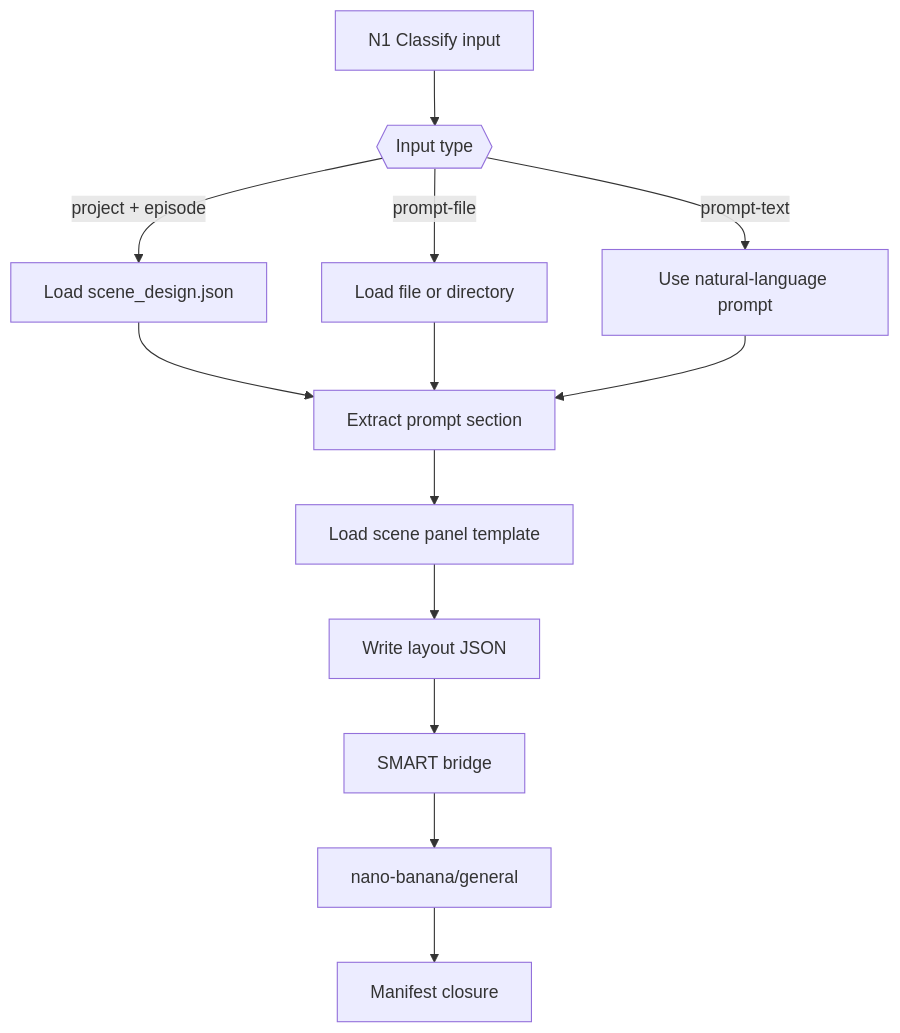
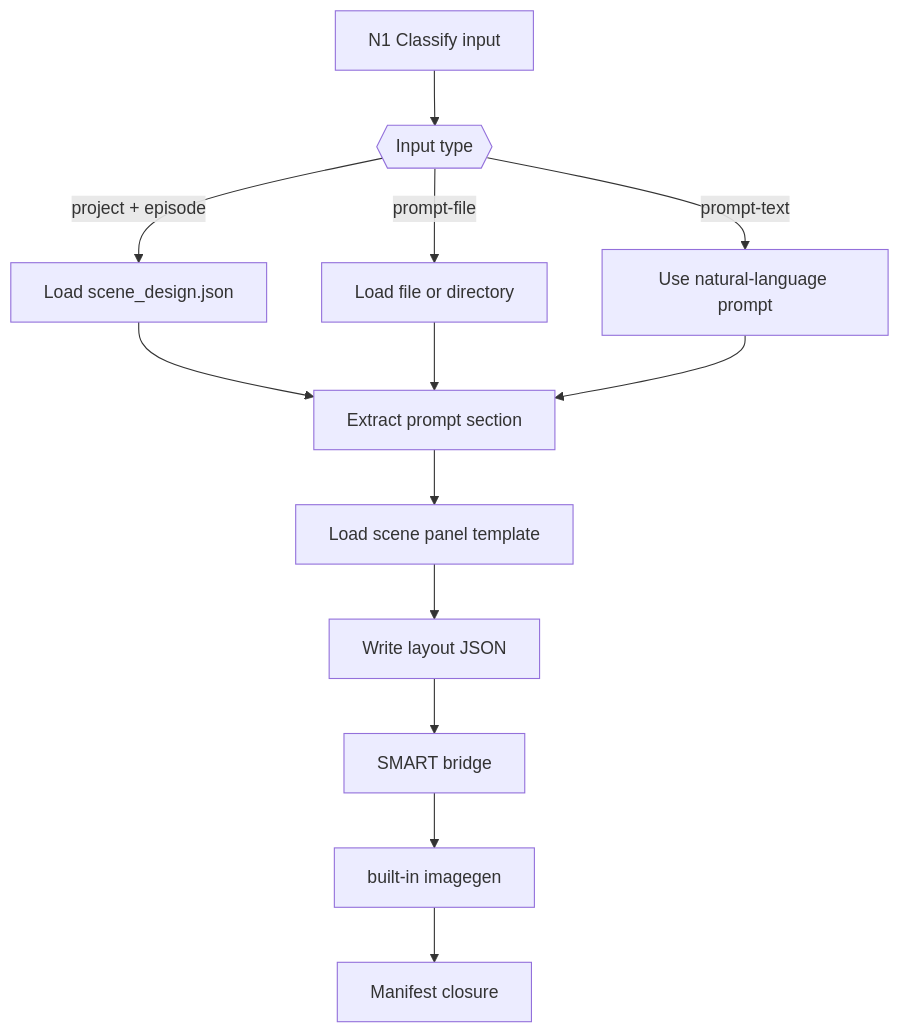
Before and after one commit to ZEN-VOID/AI-CUT: the first of 4 diagrams in .agents/skills/aigc/4-Design/3-面板/场景/SKILL.md, drawn with Mermaid. The commit also changed other lines of this file and 59 other files, not shown here.

````diff
--- a/.agents/skills/aigc/4-Design/3-面板/场景/SKILL.md
+++ b/.agents/skills/aigc/4-Design/3-面板/场景/SKILL.md
@@ -156,15 +156,15 @@
 ```mermaid
 flowchart TD
     A["N1 Classify input"] --> B{{"Input type"}}
     B -->|"project + episode"| C["Load scene_design.json"]
     B -->|"prompt-file"| D["Load file or directory"]
     B -->|"prompt-text"| E["Use natural-language prompt"]
     C --> F["Extract prompt section"]
     D --> F
     E --> F
     F --> G["Load scene panel template"]
     G --> H["Write layout JSON"]
     H --> I["SMART bridge"]
-    I --> J["nano-banana/general"]
+    I --> J["built-in imagegen"]
     J --> K["Manifest closure"]
 ```
````
